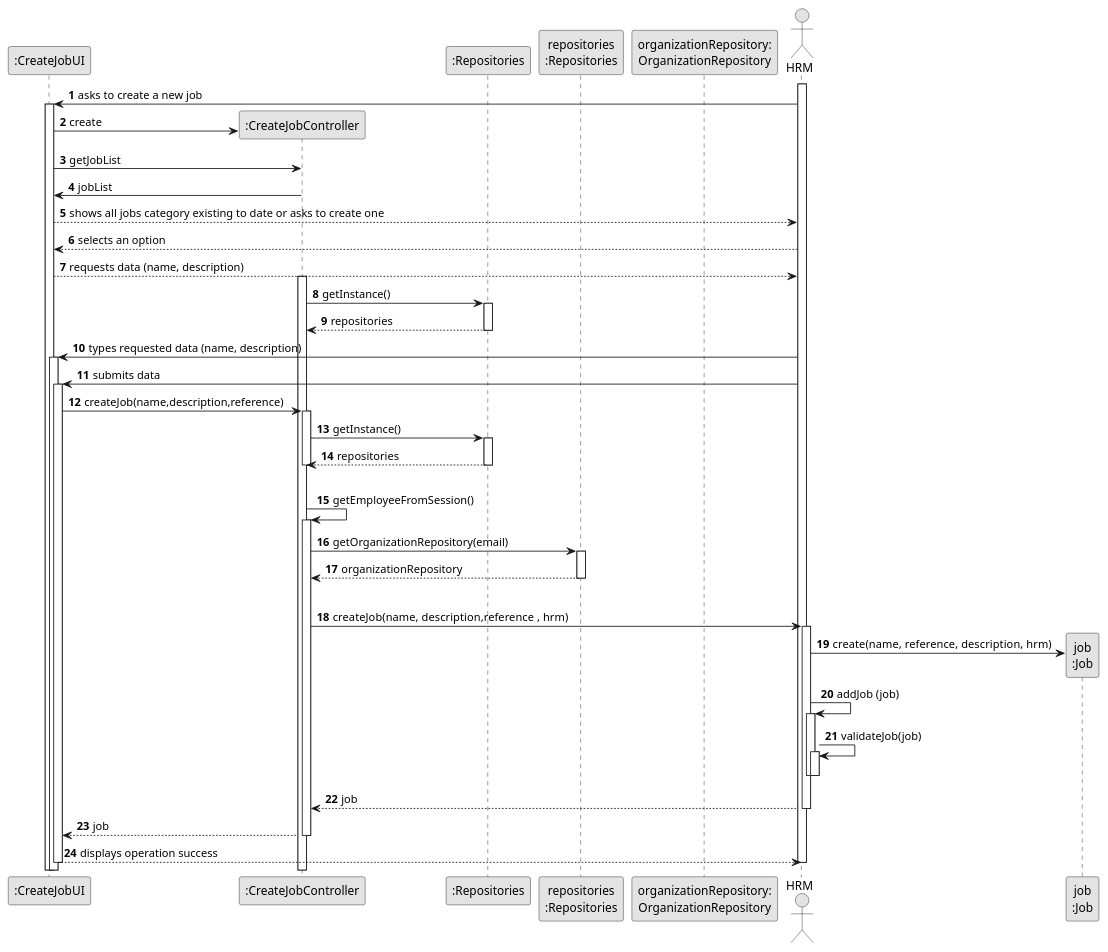
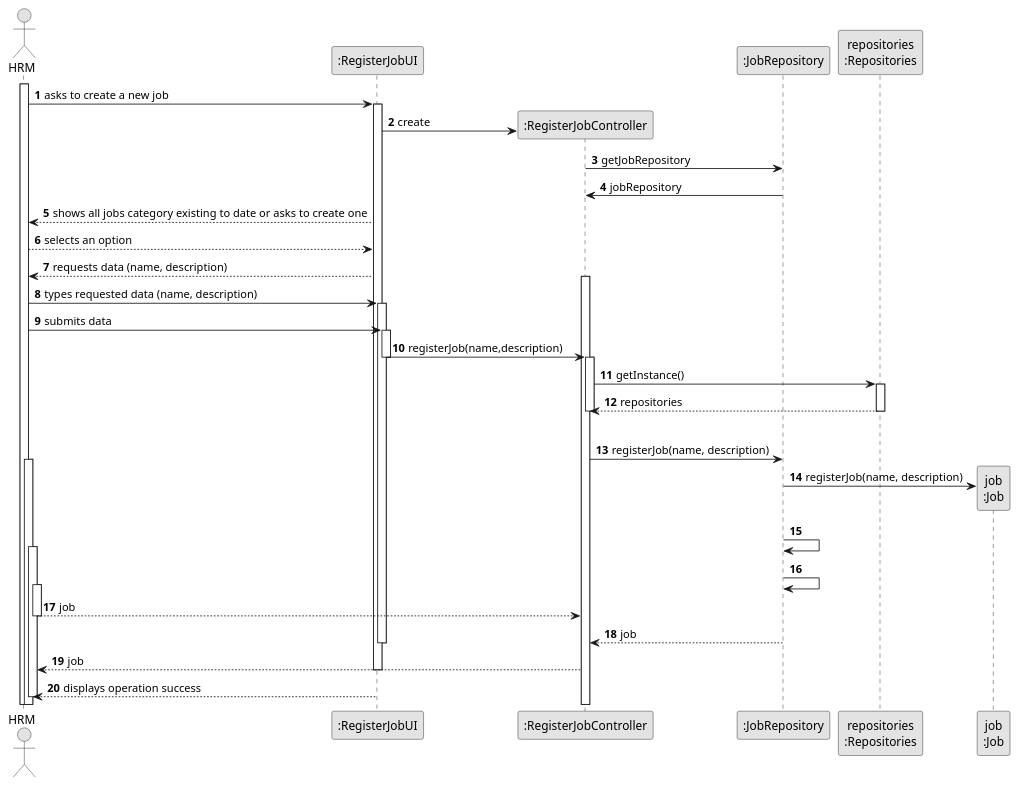
Before and after one commit to daniel41silva05/ISEP_2023_2024_LAPR2: the diagram in docs/sprintA&B/us002/03.design/puml/us002-sequence-diagram-full.puml, drawn with PlantUML. The commit also changed 9 other files, not shown here.

```diff
--- a/docs/sprintA&B/us002/03.design/puml/us002-sequence-diagram-full.puml
+++ b/docs/sprintA&B/us002/03.design/puml/us002-sequence-diagram-full.puml
@@ -1,191 +1,94 @@
 @startuml
 skinparam monochrome true
 skinparam packageStyle rectangle
 skinparam shadowing false
 
 
 autonumber
 
 'hide footbox
 
 actor "HRM" as HRM
-participant ":CreateJobUI" as UI
-participant ":CreateJobController" as CTRL
-participant ":Repositories" as RepositorySingleton
+participant ":RegisterJobUI" as UI
+participant ":RegisterJobController" as CTRL
+participant ":JobRepository" as JOBS
 participant "repositories\n:Repositories" as PLAT
-'participant "jobCategoryRepository:\nJobCategoryRepository" as TaskCategoryRepository
-'participant ":ApplicationSession" as _APP
-'participant "appSession\n:ApplicationSession" as APP
-'participant "currentSession\n:UserSession" as SESSAO
-participant "organizationRepository:\nOrganizationRepository" as OrganizationRepository
-participant "hrm\n:HRM" as HRM
 participant "job\n:Job" as JOB
 
 activate HRM
 
         HRM -> UI : asks to create a new job
 
         activate UI
 
             create CTRL
             UI -> CTRL** : create
 
-            UI -> CTRL : getJobList
+            CTRL -> JOBS : getJobRepository
 
-            CTRL -> UI : jobList
+            JOBS -> CTRL : jobRepository
 
             UI --> HRM : shows all jobs category existing to date or asks to create one
 
             HRM --> UI : selects an option
 
             UI --> HRM : requests data (name, description)
 
-'            UI -> CTRL : getTaskCategories()
             activate CTRL
 
-                CTRL -> RepositorySingleton : getInstance()
-                activate RepositorySingleton
-
-                    RepositorySingleton --> CTRL: repositories
-                deactivate RepositorySingleton
-
-'                CTRL -> PLAT : getTaskCategoryRepository()
-'                activate PLAT
-
-'                    PLAT --> CTRL: taskCategoryRepository
-'                deactivate PLAT
-
-'                CTRL -> TaskCategoryRepository : getTaskCategories()
-'                activate TaskCategoryRepository
-
-'                    TaskCategoryRepository --> CTRL : taskCategoryList
-'                deactivate TaskCategoryRepository
-
-'                CTRL --> UI : taskCategoryList
-'            deactivate CTRL
-
-'            UI --> HRM : shows task category list\n and asks to sleect one
-'        deactivate UI
-
-'    HRM -> UI : selects a task category
-'    activate UI
-
-'        UI --> HRM : requests data
-'    deactivate UI
 
     HRM -> UI : types requested data (name, description)
     activate UI
 
-'        UI --> HRM : shows selected category and requested data
-'    deactivate UI
 
     HRM -> UI : submits data
     activate UI
 
-        UI -> CTRL : createJob(name,description,reference)
+        UI -> CTRL : registerJob(name,description)
+        deactivate UI
         activate CTRL
 
 '            CTRL -> CTRL : getJobCategoryByDescription(taskCategoryDescription)
 '            activate CTRL
 
-                CTRL -> RepositorySingleton : getInstance()
-                activate RepositorySingleton
+                CTRL -> PLAT : getInstance()
+                activate PLAT
 
-                    RepositorySingleton --> CTRL: repositories
-                deactivate RepositorySingleton
+                    PLAT --> CTRL: repositories
+                deactivate PLAT
 
-'                CTRL -> PLAT : getTaskCategoryRepository()
-'                activate PLAT
 '
-'                    PLAT -> CTRL : taskCategoryRepository
-'                deactivate PLAT
-
-'                CTRL -> TaskCategoryRepository : getTaskCategoryByDescription(taskCategoryDescription)
-'                activate TaskCategoryRepository
-
-'                    TaskCategoryRepository --> CTRL : taskCategory
-'                deactivate TaskCategoryRepository
-'                    CTRL --> CTRL : taskCategory
             deactivate CTRL
 
-            |||
-            CTRL -> CTRL : getEmployeeFromSession()
-            activate CTRL
-
-'                CTRL -> _APP: getInstance()
-'                activate _APP
-'                    _APP -> CTRL: appSession
-'                deactivate _APP
-
-
-'                CTRL -> APP: getCurrentSession()
-'                activate APP
-
-'                    APP --> CTRL: currentSession
-'                deactivate APP
-
-'                CTRL -> SESSAO: email = getUserEmail()
-'                activate SESSAO
-
-'                    SESSAO --> CTRL: email
-'                deactivate SESSAO
-
-
-                CTRL -> PLAT: getOrganizationRepository(email)
-                activate PLAT
-
-                    PLAT --> CTRL: organizationRepository
-                deactivate PLAT
-
-
-'                CTRL -> OrganizationRepository: getOrganizationByEmployeeEmail(email)
-'                activate OrganizationRepository
-
-'                    loop [for each organization
-'                        OrganizationRepository -> HRM : anyEmployeeHasEmail(email)
-'                        activate HRM
-'
-'                             HRM --> OrganizationRepository : true/false
-'                        deactivate HRM
-'                    end
-'                    OrganizationRepository --> CTRL : organization
-'                deactivate OrganizationRepository
-
-'                CTRL -> HRM: getEmployeeByEmail(email)
-'                activate HRM
-'
-'                    HRM --> CTRL : employee
-'                deactivate HRM
-'
-'                CTRL --> CTRL : employee
-'            deactivate CTRL
 
             |||
-            CTRL -> HRM: createJob(name, description,reference ,  hrm)
+            CTRL -> JOBS: registerJob(name, description)
             activate HRM
 
-                HRM -> JOB**: create(name, reference, description,  hrm)
-                HRM -> HRM: addJob (job)
+                JOBS -> JOB**: registerJob(name, description)
+                JOBS -> JOBS:
 
 
                 activate HRM
-                    HRM -> HRM: validateJob(job)
+                    JOBS -> JOBS
                     activate HRM
-'                        HRM --> HRM
-                    deactivate HRM
 
-'                    HRM --> HRM
                 deactivate HRM
 
                 HRM --> CTRL : job
 
             deactivate HRM
 
-            CTRL --> UI: job
-            deactivate CTRL
+            JOBS --> CTRL: job
+            deactivate UI
+
+            CTRL --> HRM: job
+                        deactivate UI
+
+
             UI --> HRM: displays operation success
     deactivate UI
 
 deactivate HRM
 
 @enduml
```
